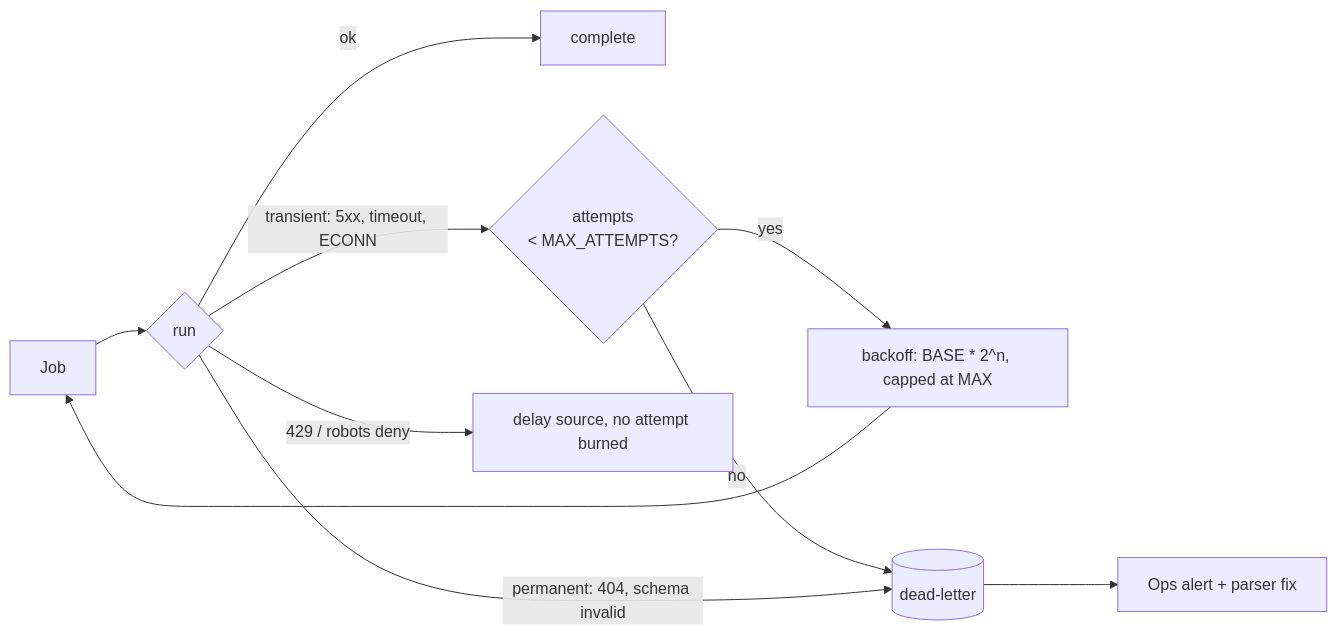
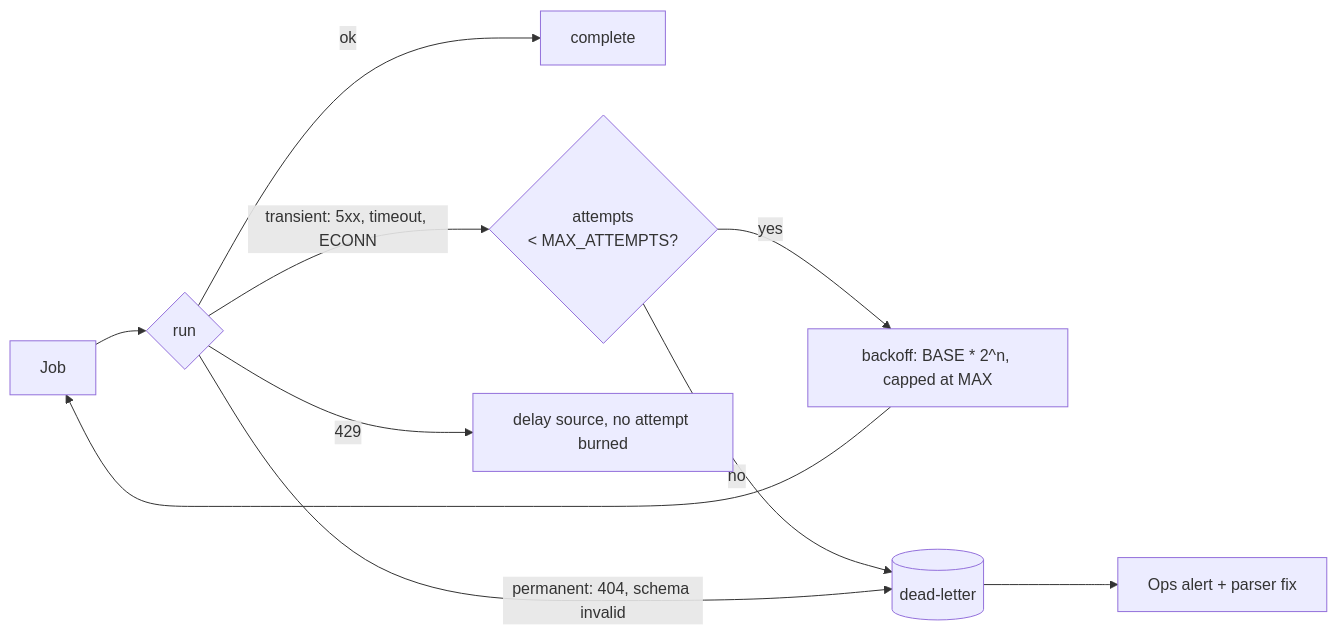
Before and after one commit to Serg0At/TenderIQ: the second of 2 diagrams in docs/SCRAPER_WORKFLOW.md, drawn with Mermaid. The commit also changed other lines of this file and 37 other files, not shown here.

````diff
--- a/docs/SCRAPER_WORKFLOW.md
+++ b/docs/SCRAPER_WORKFLOW.md
@@ -210,11 +213,11 @@
 ```mermaid
 flowchart LR
     JOB[Job] --> RUN{run}
     RUN -->|ok| DONE[complete]
     RUN -->|transient: 5xx, timeout, ECONN| BACK{attempts <br/> < MAX_ATTEMPTS?}
     BACK -->|yes| DELAY[backoff: BASE * 2^n, capped at MAX] --> JOB
     BACK -->|no| DLQ[(dead-letter)]
     RUN -->|permanent: 404, schema invalid| DLQ
-    RUN -->|429 / robots deny| PAUSE[delay source, no attempt burned]
+    RUN -->|429| PAUSE[delay source, no attempt burned]
     DLQ --> OPS[Ops alert + parser fix]
 ```
````
